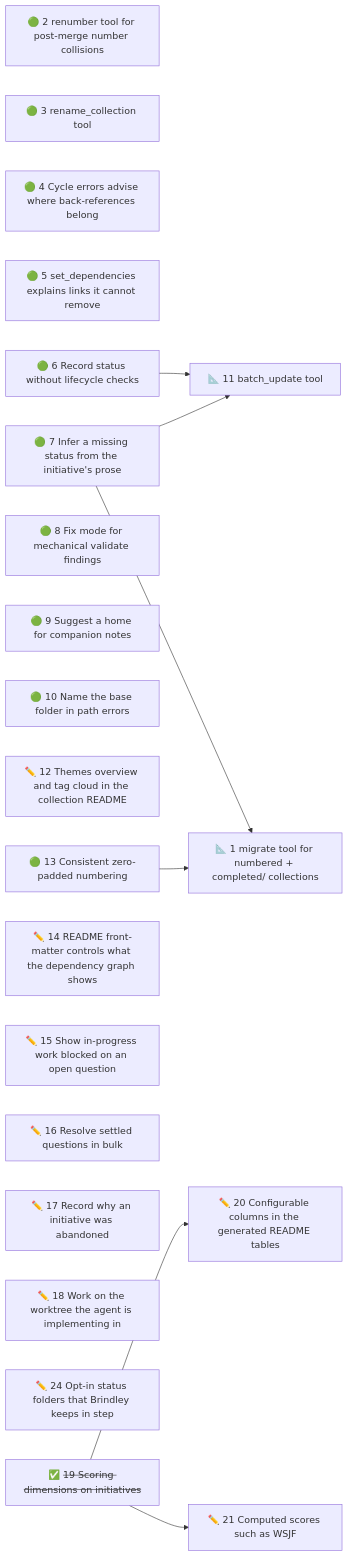
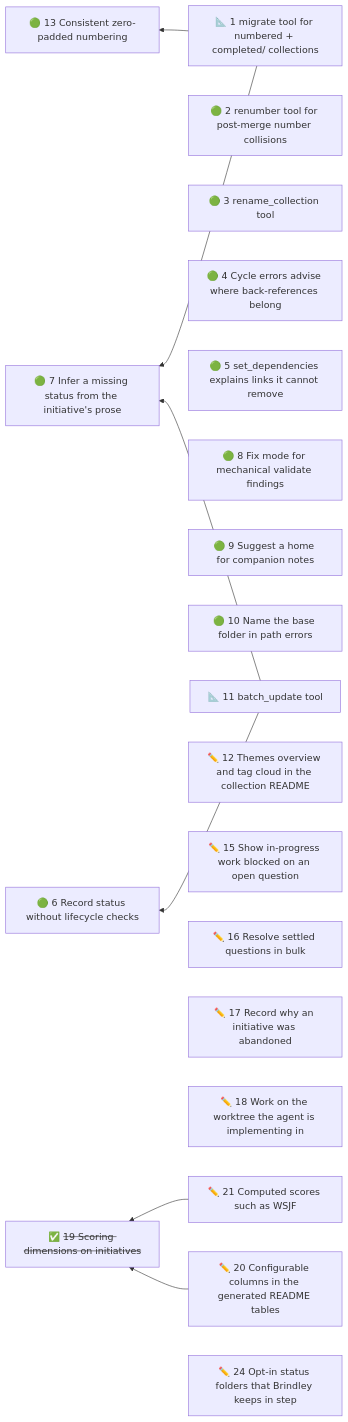
Before and after one commit to duckAsteroid/brindley: the diagram in initiatives/README.md, drawn with Mermaid. The commit also changed other lines of this file and 15 other files, not shown here.

First line of the commit message:
feat!: graph settings in the collection README; edges point at what work needs

````diff
--- a/initiatives/README.md
+++ b/initiatives/README.md
@@ -47,31 +46,30 @@
 ```mermaid
-flowchart LR
+flowchart RL
   n1["📐 1 migrate tool for numbered + completed/ collections"]
   n2["🟢 2 renumber tool for post-merge number collisions"]
   n3["🟢 3 rename_collection tool"]
   n4["🟢 4 Cycle errors advise where back-references belong"]
   n5["🟢 5 set_dependencies explains links it cannot remove"]
   n6["🟢 6 Record status without lifecycle checks"]
   n7["🟢 7 Infer a missing status from the initiative's prose"]
   n8["🟢 8 Fix mode for mechanical validate findings"]
   n9["🟢 9 Suggest a home for companion notes"]
   n10["🟢 10 Name the base folder in path errors"]
   n11["📐 11 batch_update tool"]
   n12["✏️ 12 Themes overview and tag cloud in the collection README"]
   n13["🟢 13 Consistent zero-padded numbering"]
-  n14["✏️ 14 README front-matter controls what the dependency graph shows"]
   n15["✏️ 15 Show in-progress work blocked on an open question"]
   n16["✏️ 16 Resolve settled questions in bulk"]
   n17["✏️ 17 Record why an initiative was abandoned"]
   n18["✏️ 18 Work on the worktree the agent is implementing in"]
   n20["✏️ 20 Configurable columns in the generated README tables"]
   n21["✏️ 21 Computed scores such as WSJF"]
   n24["✏️ 24 Opt-in status folders that Brindley keeps in step"]
   n19["✅ <s>19 Scoring dimensions on initiatives</s>"]
-  n7 --> n1
-  n13 --> n1
-  n6 --> n11
-  n7 --> n11
-  n19 --> n20
-  n19 --> n21
+  n1 --> n7
+  n1 --> n13
+  n11 --> n6
+  n11 --> n7
+  n20 --> n19
+  n21 --> n19
 ```
````
